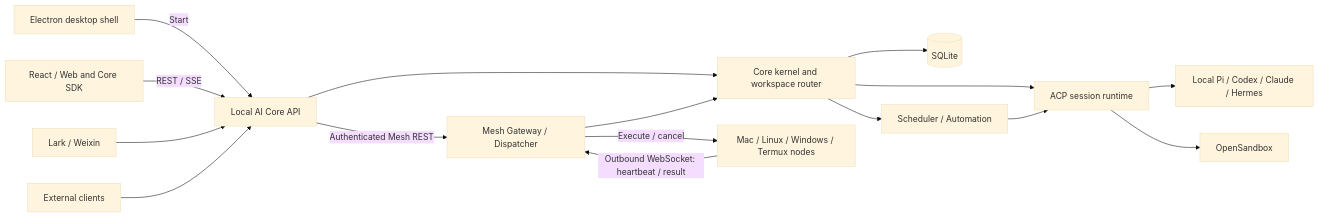
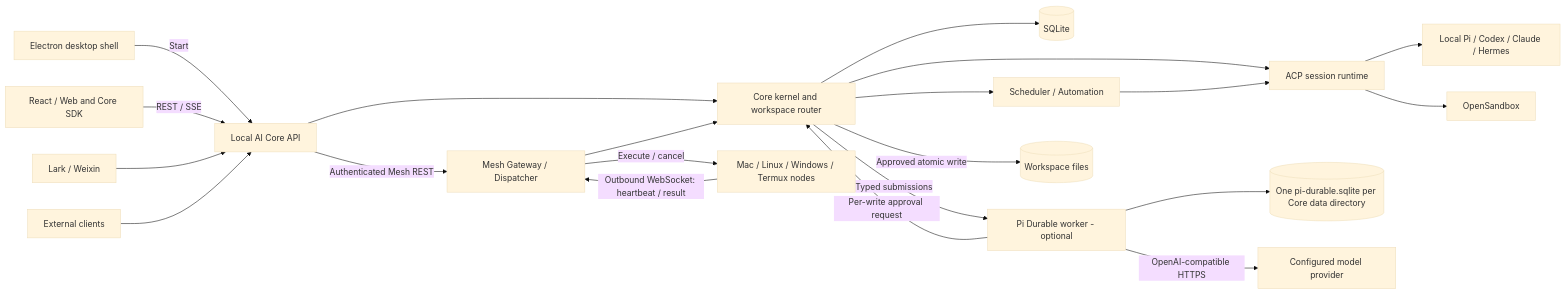
The diagram in README.md (helloimcx/agentdock), drawn with Mermaid (base theme) before and after one commit. The commit also changed other lines of this file and 175 other files, not shown here.

````diff
--- a/README.md
+++ b/README.md
@@ -19,18 +19,23 @@
 ```mermaid
 flowchart LR
   electron[Electron desktop shell] -->|Start| api[Local AI Core API]
   renderer[React / Web and Core SDK] -->|REST / SSE| api
   channels[Lark / Weixin] --> api
   external[External clients] --> api
   api --> kernel[Core kernel and workspace router]
   kernel --> sqlite[(SQLite)]
   kernel --> acp[ACP session runtime]
   kernel --> scheduler[Scheduler / Automation]
   scheduler --> acp
   acp --> agents[Local Pi / Codex / Claude / Hermes]
+  kernel -->|Typed submissions| durable[Pi Durable worker - optional]
+  durable --> pidb[(One pi-durable.sqlite per Core data directory)]
+  durable -->|Per-write approval request| kernel
+  kernel -->|Approved atomic write| workspace[(Workspace files)]
+  durable -->|OpenAI-compatible HTTPS| provider[Configured model provider]
   acp --> sandbox[OpenSandbox]
   api -->|Authenticated Mesh REST| mesh[Mesh Gateway / Dispatcher]
   mesh --> kernel
   nodes[Mac / Linux / Windows / Termux nodes] -->|Outbound WebSocket: heartbeat / result| mesh
   mesh -->|Execute / cancel| nodes
 ```
````
